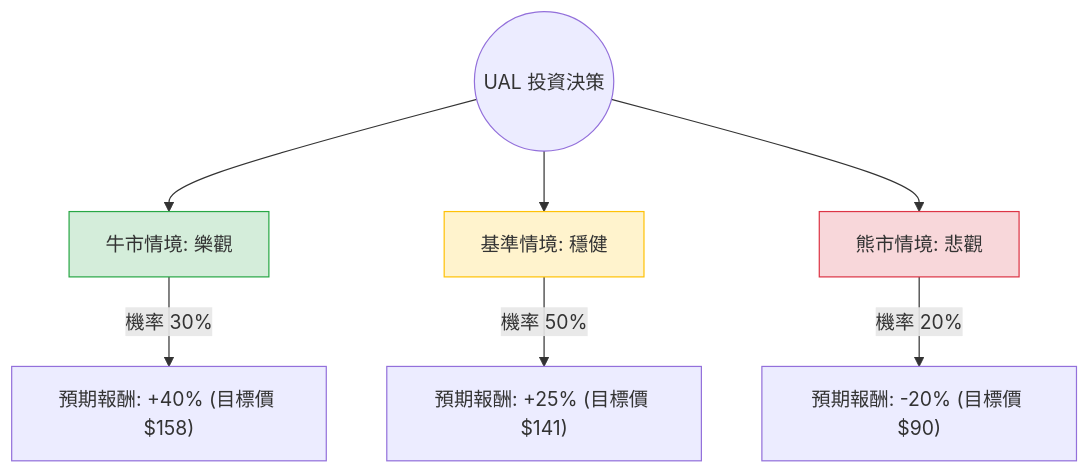
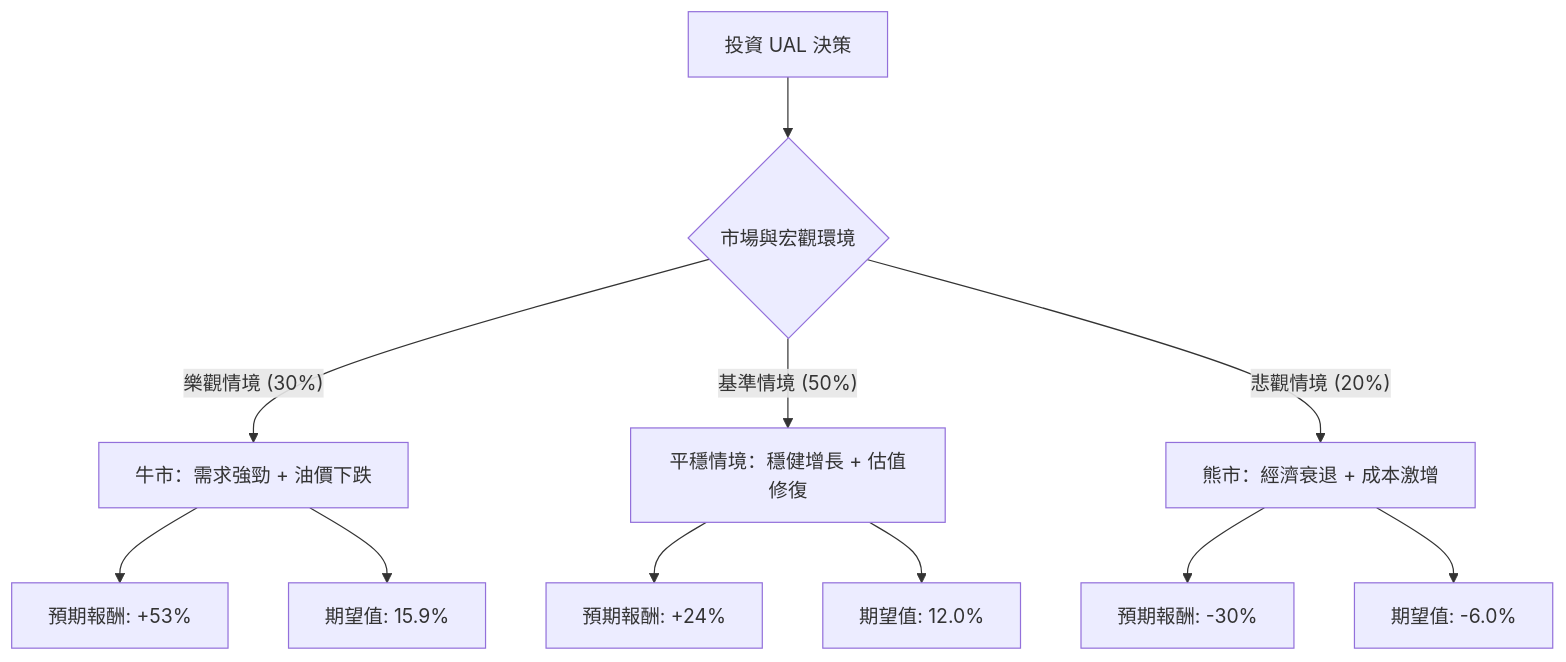
Before and after one commit to zmcx16/zmcx16.github.io: the diagram in plugin-react/ai-analysis/ev-analysis/UAL.md, drawn with Mermaid. The commit also changed other lines of this file and 75 other files, not shown here.

````diff
--- a/plugin-react/ai-analysis/ev-analysis/UAL.md
+++ b/plugin-react/ai-analysis/ev-analysis/UAL.md
@@ -19,14 +22,17 @@
 ```mermaid
 graph TD
-    Start((UAL 投資決策)) --> Bull[牛市情境: 樂觀]
-    Start --> Base[基準情境: 穩健]
-    Start --> Bear[熊市情境: 悲觀]
+    A[投資 UAL 決策] --> B{市場與宏觀環境}
+    
+    B -- 樂觀情境 (30%) --> C[牛市：需求強勁 + 油價下跌]
+    B -- 基準情境 (50%) --> D[平穩情境：穩健增長 + 估值修復]
+    B -- 悲觀情境 (20%) --> E[熊市：經濟衰退 + 成本激增]
 
-    Bull -- "機率 30%" --> BullVal["預期報酬: +40% (目標價 $158)"]
-    Base -- "機率 50%" --> BaseVal["預期報酬: +25% (目標價 $141)"]
-    Bear -- "機率 20%" --> BearVal["預期報酬: -20% (目標價 $90)"]
+    C --> C1[預期報酬: +53%]
+    C --> C2[期望值: 15.9%]
 
-    style Bull fill:#d4edda,stroke:#28a745
-    style Base fill:#fff3cd,stroke:#ffc107
-    style Bear fill:#f8d7da,stroke:#dc3545
+    D --> D1[預期報酬: +24%]
+    D --> D2[期望值: 12.0%]
+
+    E --> E1[預期報酬: -30%]
+    E --> E2[期望值: -6.0%]
 ```
````
